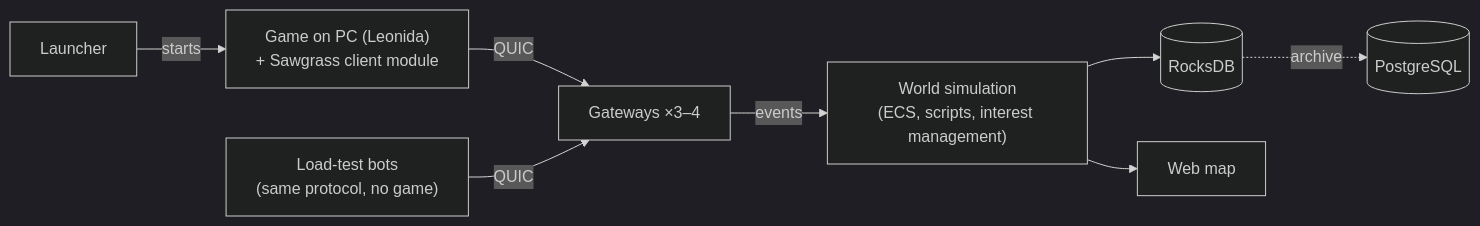
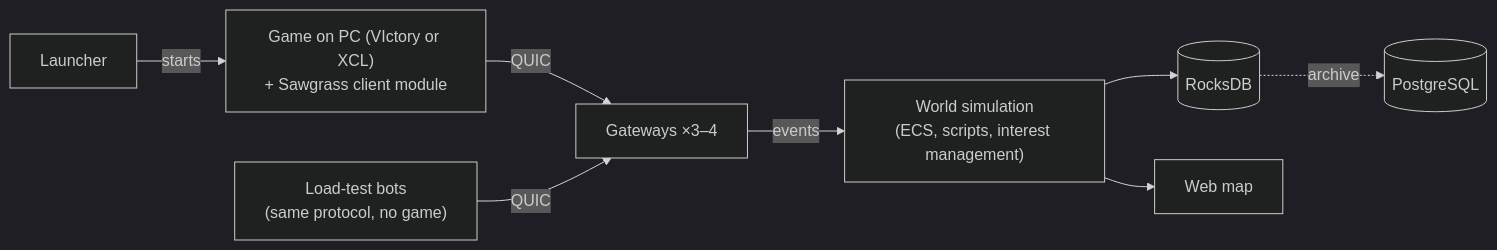
The diagram in README.md (sawgrass-mp/sawgrass), drawn with Mermaid (dark theme) before and after one commit. The commit also changed other lines of this file and 8 other files, not shown here.

First line of the commit message:
DOC-5: Target VIctory as the client runtime (#54)

````diff
--- a/README.md
+++ b/README.md
@@ -88,10 +102,10 @@
 ```mermaid
 flowchart LR
-    L[Launcher] -->|starts| G["Game on PC (Leonida)<br>+ Sawgrass client module"]
+    L[Launcher] -->|starts| G["Game on PC (VIctory or XCL)<br>+ Sawgrass client module"]
     G -->|QUIC| GW["Gateways ×3–4"]
     B["Load-test bots<br>(same protocol, no game)"] -->|QUIC| GW
     GW -->|events| W["World simulation<br>(ECS, scripts, interest management)"]
     W --> DB[(RocksDB)]
     DB -.->|archive| PG[(PostgreSQL)]
     W --> M[Web map]
 ```
````
